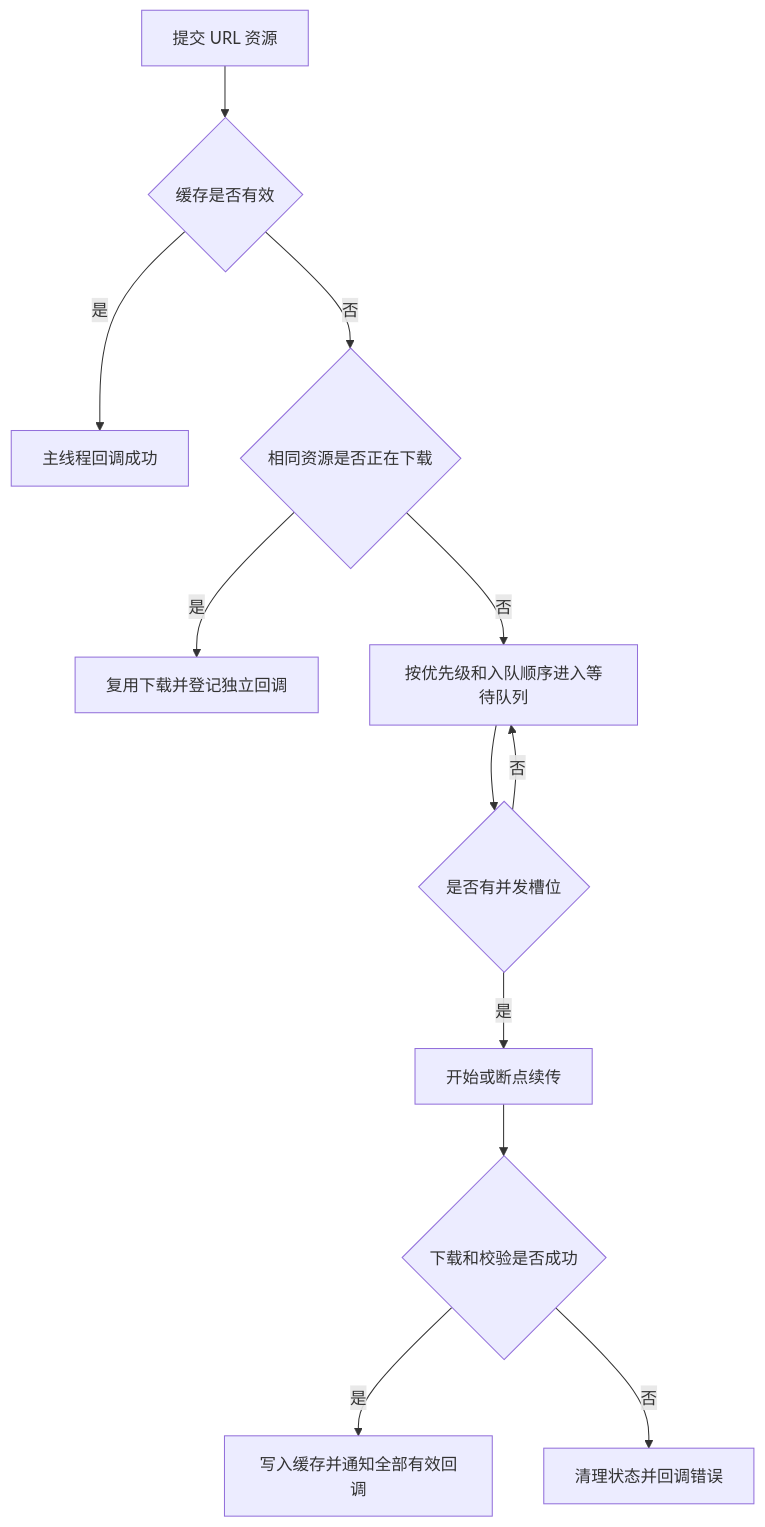
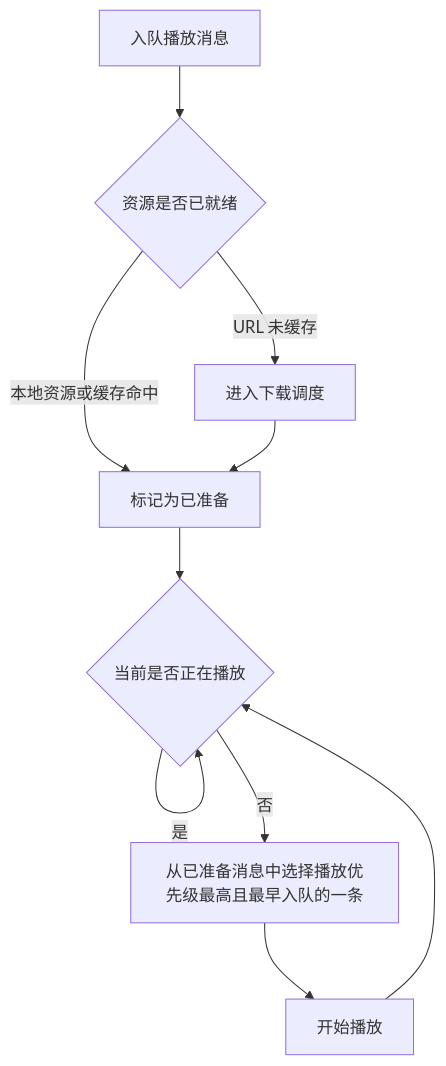
One commit to KeShiJie/GiftPlayer changed the first of 2 diagrams in README.md. Above: the diagram before and after it, drawn with Mermaid. The commit also changed other lines of this file and 3 other files, not shown here.

````diff
--- a/README.md
+++ b/README.md
@@ -370,14 +194,12 @@
 ```mermaid
 flowchart TD
-    A[提交 URL 资源] --> B{缓存是否有效}
-    B -- 是 --> C[主线程回调成功]
-    B -- 否 --> D{相同资源是否正在下载}
-    D -- 是 --> E[复用下载并登记独立回调]
-    D -- 否 --> F[按优先级和入队顺序进入等待队列]
-    F --> G{是否有并发槽位}
-    G -- 否 --> F
-    G -- 是 --> H[开始或断点续传]
-    H --> I{下载和校验是否成功}
-    I -- 是 --> J[写入缓存并通知全部有效回调]
-    I -- 否 --> K[清理状态并回调错误]
+    A[入队播放消息] --> B{资源是否已就绪}
+    B -- 本地资源或缓存命中 --> C[标记为已准备]
+    B -- URL 未缓存 --> D[进入下载调度]
+    D --> C
+    C --> E{当前是否正在播放}
+    E -- 是 --> E
+    E -- 否 --> F[从已准备消息中选择播放优先级最高且最早入队的一条]
+    F --> G[开始播放]
+    G --> E
 ```
````
